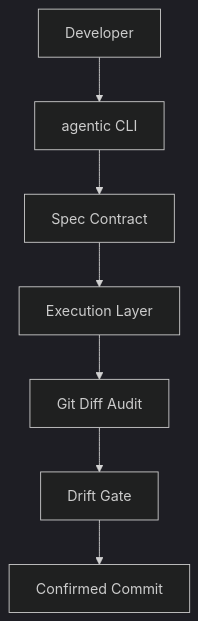
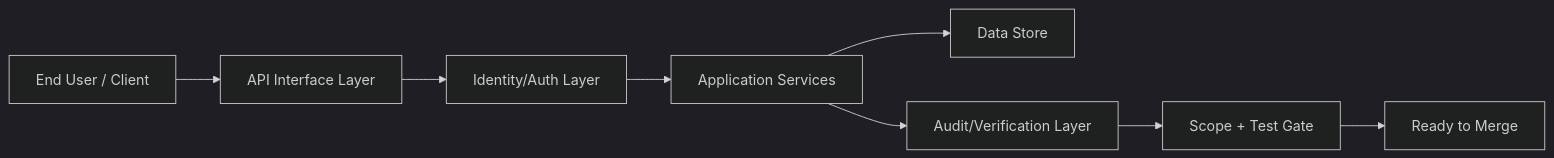
Before and after one commit to Avik-creator/ai_cli: the diagram in .agentic-plan/dabbda68-architecture.md, drawn with Mermaid (dark theme). The commit also changed other lines of this file and 1 other file, not shown here.

````diff
--- a/.agentic-plan/dabbda68-architecture.md
+++ b/.agentic-plan/dabbda68-architecture.md
@@ -12,9 +50,10 @@
 ```mermaid
-flowchart TD
-    user["Developer"] --> cli["agentic CLI"]
-    cli --> spec["Spec Contract"]
-    spec --> exec["Execution Layer"]
-    exec --> diff["Git Diff Audit"]
-    diff --> gate["Drift Gate"]
-    gate --> commit["Confirmed Commit"]
+flowchart LR
+    user["End User / Client"] --> edge["API Interface Layer"]
+    edge --> auth["Identity/Auth Layer"]
+    auth --> app["Application Services"]
+    app --> store["Data Store"]
+    app --> audit["Audit/Verification Layer"]
+    audit --> gate["Scope + Test Gate"]
+    gate --> done["Ready to Merge"]
 ```
````
